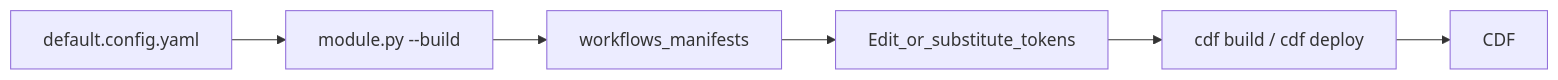
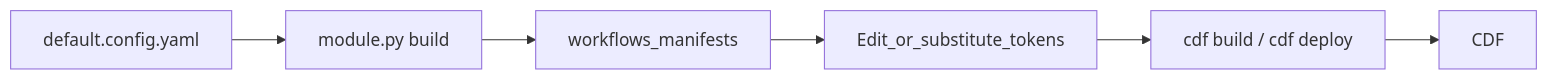
Before and after one commit to cognitedata/library: the diagram in modules/accelerators/contextualization/cdf_key_extraction_aliasing/docs/guides/howto_scoped_deployment.md, drawn with Mermaid. The commit also changed other lines of this file and 48 other files, not shown here.

````diff
--- a/modules/accelerators/contextualization/cdf_key_extraction_aliasing/docs/guides/howto_scoped_deployment.md
+++ b/modules/accelerators/contextualization/cdf_key_extraction_aliasing/docs/guides/howto_scoped_deployment.md
@@ -9,15 +9,15 @@
 ```mermaid
 flowchart LR
   defaultConfig[default.config.yaml]
-  buildRun["module.py --build"]
+  buildRun["module.py build"]
   workflowsDir[workflows_manifests]
   editTokens[Edit_or_substitute_tokens]
   cdfDeploy["cdf build / cdf deploy"]
   cdf[CDF]
 
   defaultConfig --> buildRun
   buildRun --> workflowsDir
   workflowsDir --> editTokens
   editTokens --> cdfDeploy
   cdfDeploy --> cdf
 ```
````
